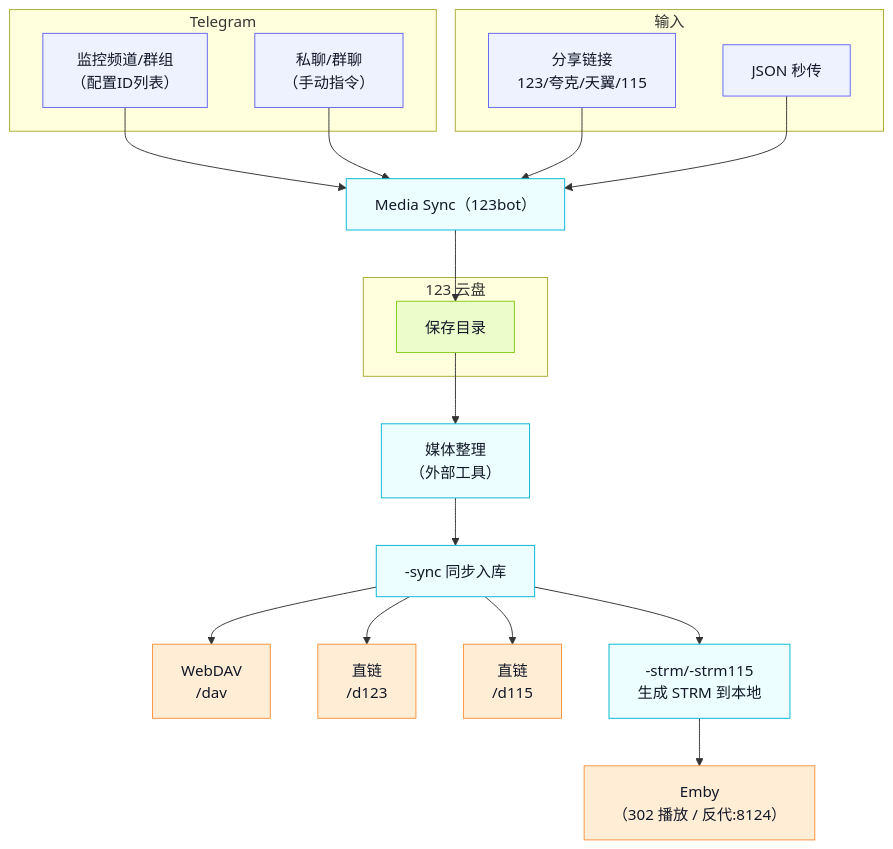
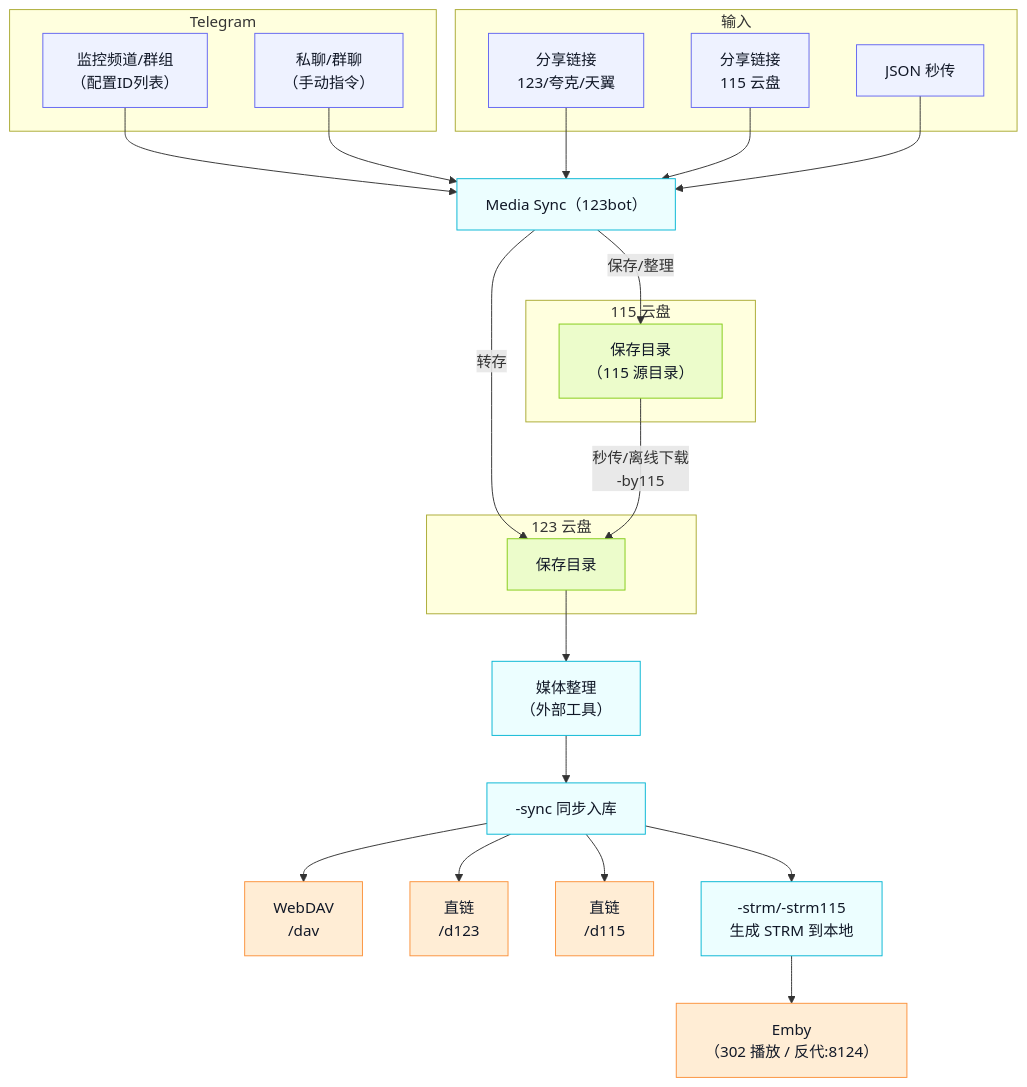
Before and after one commit to DinDing1/123BOT: the diagram in README.md, drawn with Mermaid.

````diff
--- a/README.md
+++ b/README.md
@@ -32,38 +32,47 @@
 ```mermaid
 flowchart TB
   classDef src fill:#EEF2FF,stroke:#6366F1,color:#111827;
   classDef core fill:#ECFEFF,stroke:#06B6D4,color:#111827;
   classDef store fill:#ECFCCB,stroke:#84CC16,color:#111827;
   classDef out fill:#FFEDD5,stroke:#FB923C,color:#111827;
 
   subgraph TG[Telegram]
     MON[监控频道/群组<br/>（配置ID列表）]:::src
     MAN[私聊/群聊<br/>（手动指令）]:::src
   end
 
   subgraph IN[输入]
-    LINK[分享链接<br/>123/夸克/天翼/115]:::src
+    LINK123[分享链接<br/>123/夸克/天翼]:::src
+    LINK115[分享链接<br/>115 云盘]:::src
     JSON[JSON 秒传]:::src
   end
 
   BOT[Media Sync（123bot）]:::core
 
   MON --> BOT
   MAN --> BOT
-  LINK --> BOT
+  LINK123 --> BOT
+  LINK115 --> BOT
   JSON --> BOT
 
-  subgraph CLOUD[123 云盘]
-    SAVE[保存目录]:::store
+  subgraph CLOUD115[115 云盘]
+    SAVE115[保存目录<br/>（115 源目录）]:::store
   end
 
-  BOT --> SAVE
-  SAVE --> ORGANIZE[媒体整理<br/>（外部工具）]:::core
+  subgraph CLOUD123[123 云盘]
+    SAVE123[保存目录]:::store
+  end
+
+  BOT -->|转存| SAVE123
+  BOT -->|保存/整理| SAVE115
+  SAVE115 -->|秒传/离线下载<br/>-by115| SAVE123
+
+  SAVE123 --> ORGANIZE[媒体整理<br/>（外部工具）]:::core
   ORGANIZE --> SYNC[-sync 同步入库]:::core
 
   SYNC --> DAV[WebDAV<br/>/dav]:::out
   SYNC --> DL123[直链<br/>/d123]:::out
   SYNC --> DL115[直链<br/>/d115]:::out
   SYNC --> STRM[-strm/-strm115<br/>生成 STRM 到本地]:::core
   STRM --> EMBY[Emby<br/>（302 播放 / 反代:8124）]:::out
 ```
````
